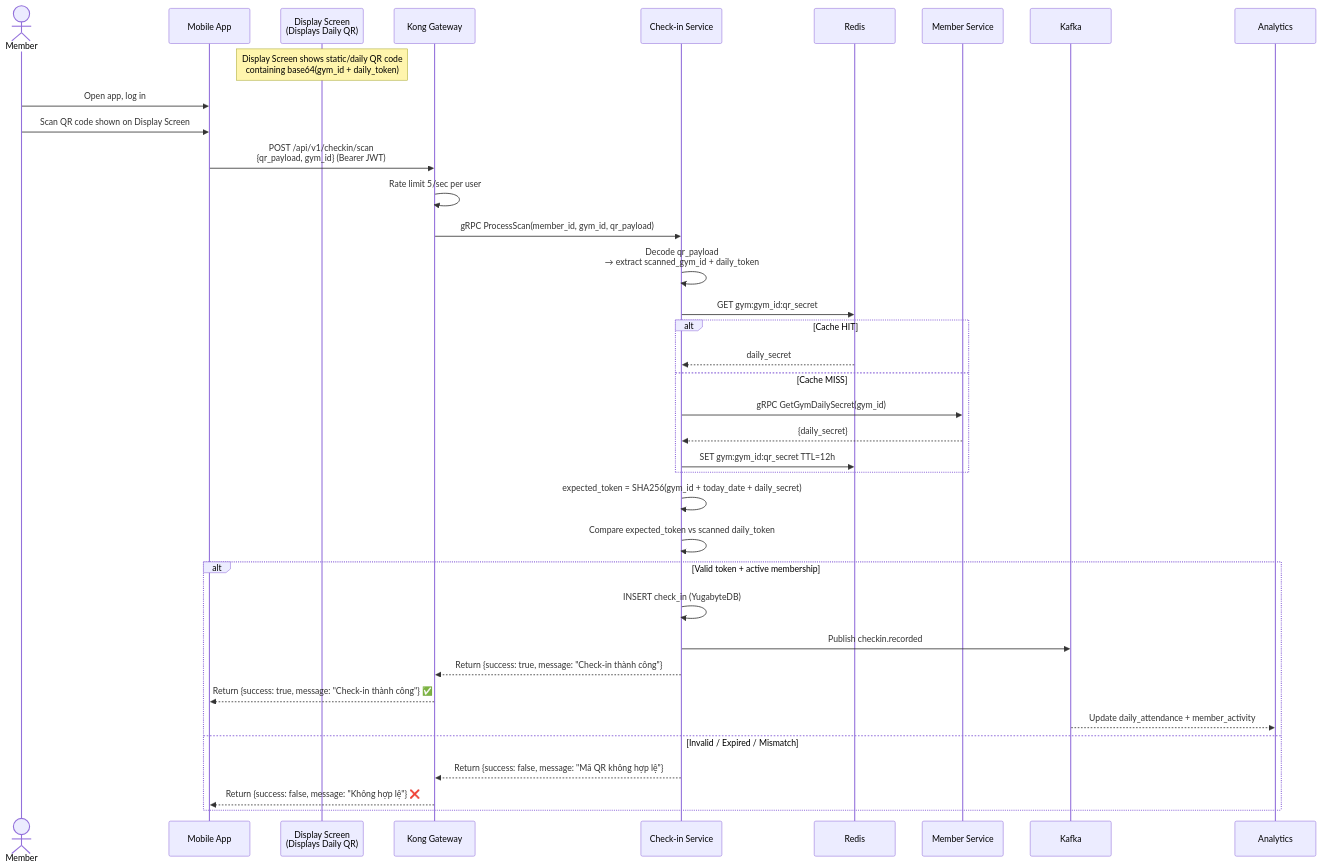
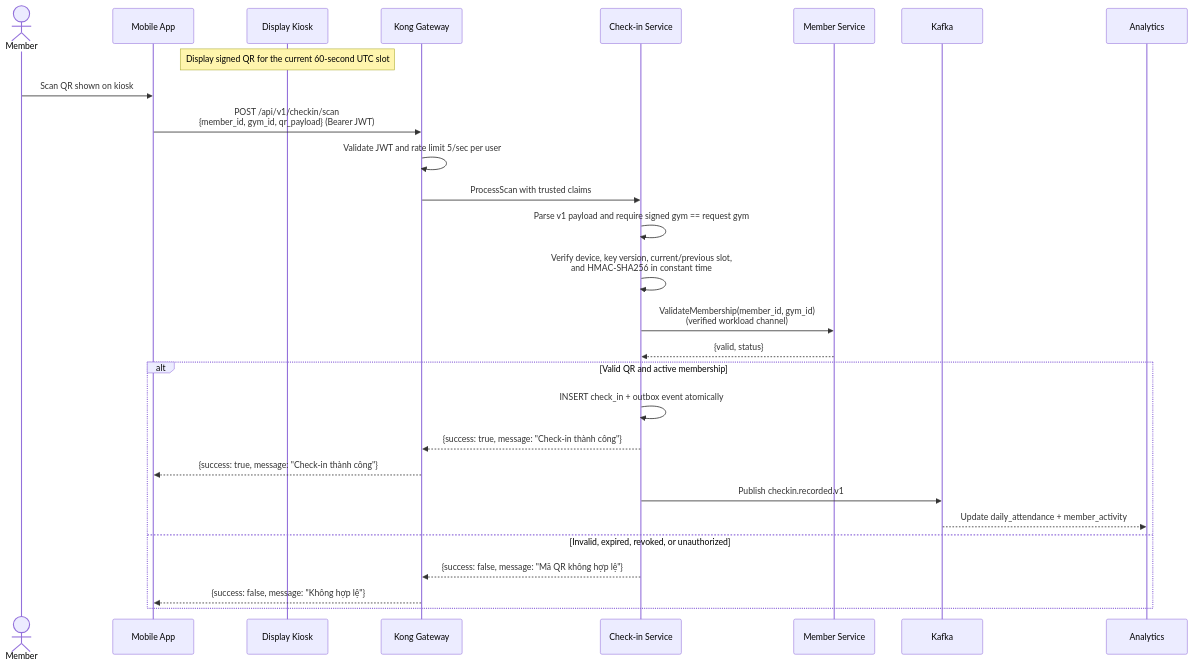
One commit to pploc/gym-architect changed the seventh of 15 diagrams in flows/01-business-flows.md. Above: the diagram before and after it, drawn with Mermaid. The commit also changed other lines of this file and 15 other files, not shown here.

````diff
--- a/flows/01-business-flows.md
+++ b/flows/01-business-flows.md
@@ -202,45 +229,33 @@
 ```mermaid
 sequenceDiagram
     actor M as Member
     participant APP as Mobile App
-    participant S as Display Screen<br/>(Displays Daily QR)
+    participant D as Display Kiosk
     participant K as Kong Gateway
     participant CS as Check-in Service
-    participant R as Redis
     participant MS as Member Service
     participant KF as Kafka
     participant AS as Analytics
 
-    Note over S: Display Screen shows static/daily QR code<br/>containing base64(gym_id + daily_token)
-    M->>APP: Open app, log in
-    M->>APP: Scan QR code shown on Display Screen
-    
-    APP->>K: POST /api/v1/checkin/scan<br/>{qr_payload, gym_id} (Bearer JWT)
-    K->>K: Rate limit 5/sec per user
-    K->>CS: gRPC ProcessScan(member_id, gym_id, qr_payload)
+    Note over D: Display signed QR for the current 60-second UTC slot
+    M->>APP: Scan QR shown on kiosk
+    APP->>K: POST /api/v1/checkin/scan<br/>{member_id, gym_id, qr_payload} (Bearer JWT)
+    K->>K: Validate JWT and rate limit 5/sec per user
+    K->>CS: ProcessScan with trusted claims
 
-    CS->>CS: Decode qr_payload<br/>→ extract scanned_gym_id + daily_token
+    CS->>CS: Parse v1 payload and require signed gym == request gym
+    CS->>CS: Verify device, key version, current/previous slot,<br/>and HMAC-SHA256 in constant time
+    CS->>MS: ValidateMembership(member_id, gym_id)<br/>(verified workload channel)
+    MS-->>CS: {valid, status}
 
-    CS->>R: GET gym:gym_id:qr_secret
-    alt Cache HIT
-        R-->>CS: daily_secret
-    else Cache MISS
-        CS->>MS: gRPC GetGymDailySecret(gym_id)
-        MS-->>CS: {daily_secret}
-        CS->>R: SET gym:gym_id:qr_secret TTL=12h
-    end
-
-    CS->>CS: expected_token = SHA256(gym_id + today_date + daily_secret)
-    CS->>CS: Compare expected_token vs scanned daily_token
-
-    alt Valid token + active membership
-        CS->>CS: INSERT check_in (YugabyteDB)
-        CS->>KF: Publish checkin.recorded
-        CS-->>K: Return {success: true, message: "Check-in thành công"}
-        K-->>APP: Return {success: true, message: "Check-in thành công"} ✅
+    alt Valid QR and active membership
+        CS->>CS: INSERT check_in + outbox event atomically
+        CS-->>K: {success: true, message: "Check-in thành công"}
+        K-->>APP: {success: true, message: "Check-in thành công"}
+        CS->>KF: Publish checkin.recorded.v1
         KF-->>AS: Update daily_attendance + member_activity
-    else Invalid / Expired / Mismatch
-        CS-->>K: Return {success: false, message: "Mã QR không hợp lệ"}
-        K-->>APP: Return {success: false, message: "Không hợp lệ"} ❌
+    else Invalid, expired, revoked, or unauthorized
+        CS-->>K: {success: false, message: "Mã QR không hợp lệ"}
+        K-->>APP: {success: false, message: "Không hợp lệ"}
     end
 ```
````
